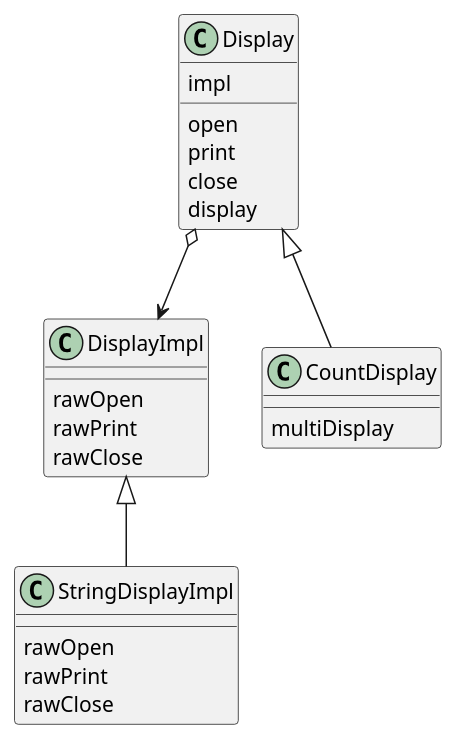
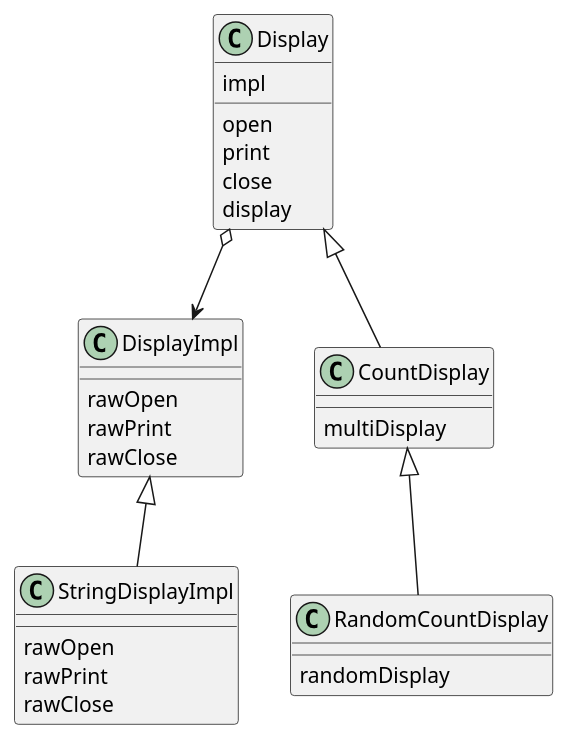
Before and after one commit to hanbee1005/basic-design-pattern: the diagram in resources/puml/chapter09.puml, drawn with PlantUML.

Commit message:
클래스 다이어그램 수정

```diff
--- a/resources/puml/chapter09.puml
+++ b/resources/puml/chapter09.puml
@@ -1,32 +1,38 @@
 @startuml
 
 class Display {
     impl
     {method} open
     {method} print
     {method} close
     {method} display
 }
 
 class DisplayImpl {
     {method} rawOpen
     {method} rawPrint
     {method} rawClose
 }
 
 class CountDisplay {
     {method} multiDisplay
 }
 
+class RandomCountDisplay {
+    {method} randomDisplay
+}
+
 class StringDisplayImpl {
     {method} rawOpen
     {method} rawPrint
     {method} rawClose
 }
 
 Display o--> DisplayImpl
 
 Display <|-- CountDisplay
+CountDisplay <|-- RandomCountDisplay
+
 DisplayImpl <|-- StringDisplayImpl
 
 @enduml
```
